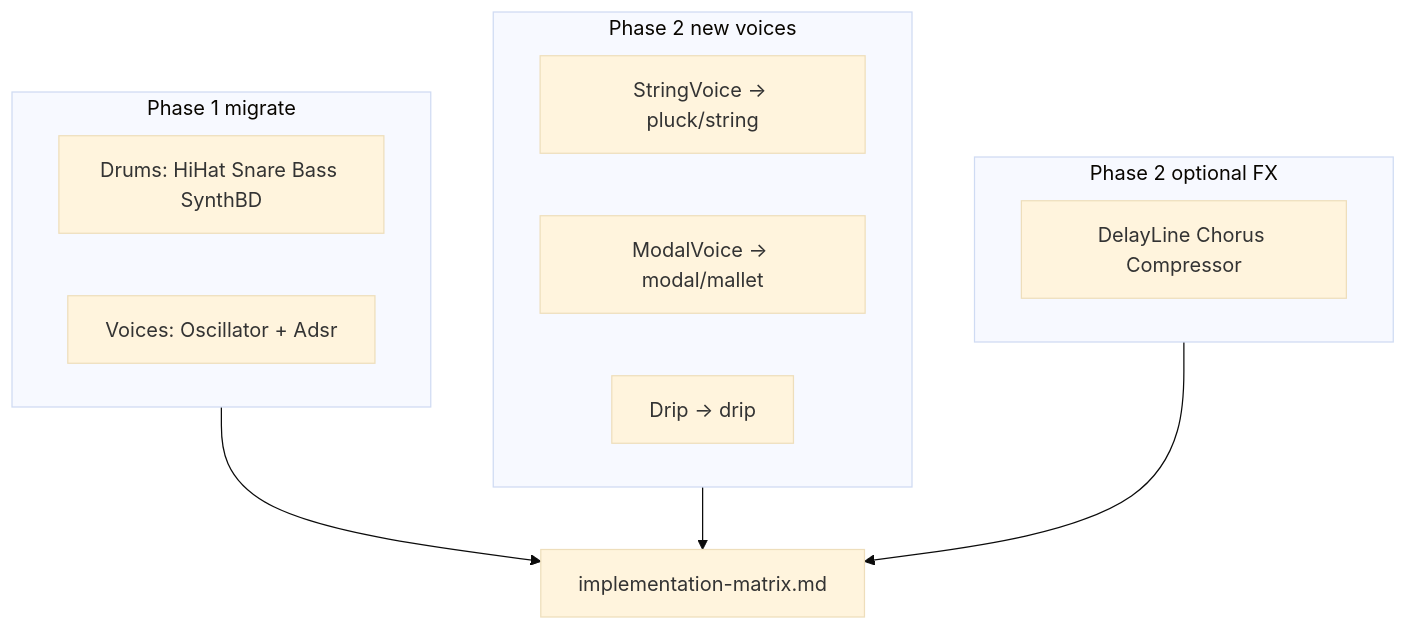
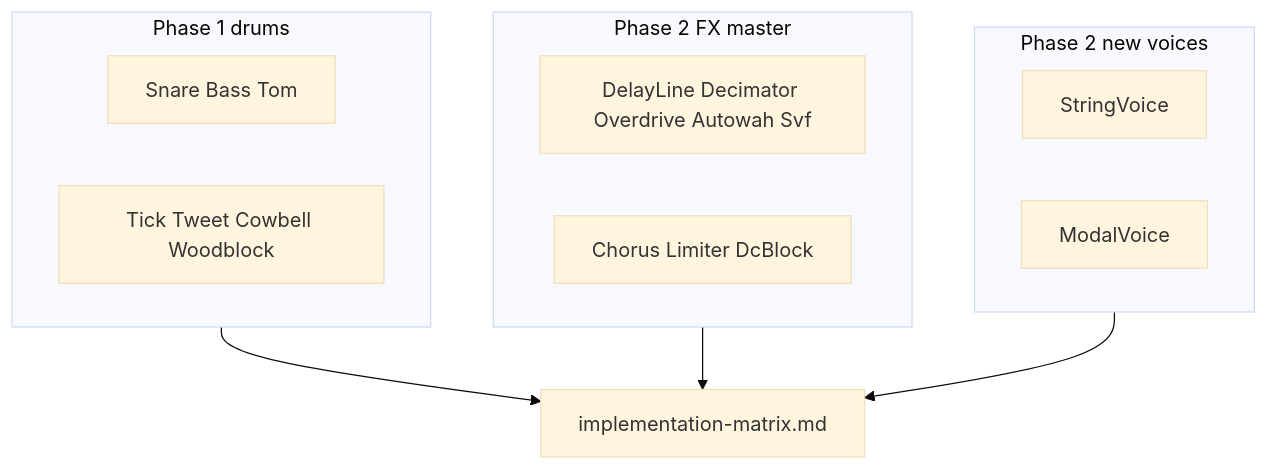
The third of 3 diagrams in zss/feature/synth/docs/implementation-matrix.md (goldbuick/zed-software-system), drawn with Mermaid (base theme) before and after one commit. The commit also changed other lines of this file and 11 other files, not shown here.

````diff
--- a/zss/feature/synth/docs/implementation-matrix.md
+++ b/zss/feature/synth/docs/implementation-matrix.md
@@ -239,18 +246,18 @@
 ```mermaid
 flowchart TB
-  subgraph phase1 [Phase 1 migrate]
-    drums["Drums: HiHat Snare Bass SynthBD"]
-    osc["Voices: Oscillator + Adsr"]
+  subgraph phase1 [Phase 1 drums]
+    snare["Snare Bass Tom"]
+    custom["Tick Tweet Cowbell Woodblock"]
   end
-  subgraph phase2 [Phase 2 new voices]
-    sv["StringVoice → pluck/string"]
-    mv["ModalVoice → modal/mallet"]
-    dr["Drip → drip"]
+  subgraph phase2 [Phase 2 FX master]
+    fx["DelayLine Decimator Overdrive Autowah Svf"]
+    master["Chorus Limiter DcBlock"]
   end
-  subgraph phase2fx [Phase 2 optional FX]
-    dl["DelayLine Chorus Compressor"]
+  subgraph phase2voices [Phase 2 new voices]
+    sv["StringVoice"]
+    mv["ModalVoice"]
   end
   phase1 --> doc["implementation-matrix.md"]
   phase2 --> doc
-  phase2fx --> doc
+  phase2voices --> doc
 ```
````
